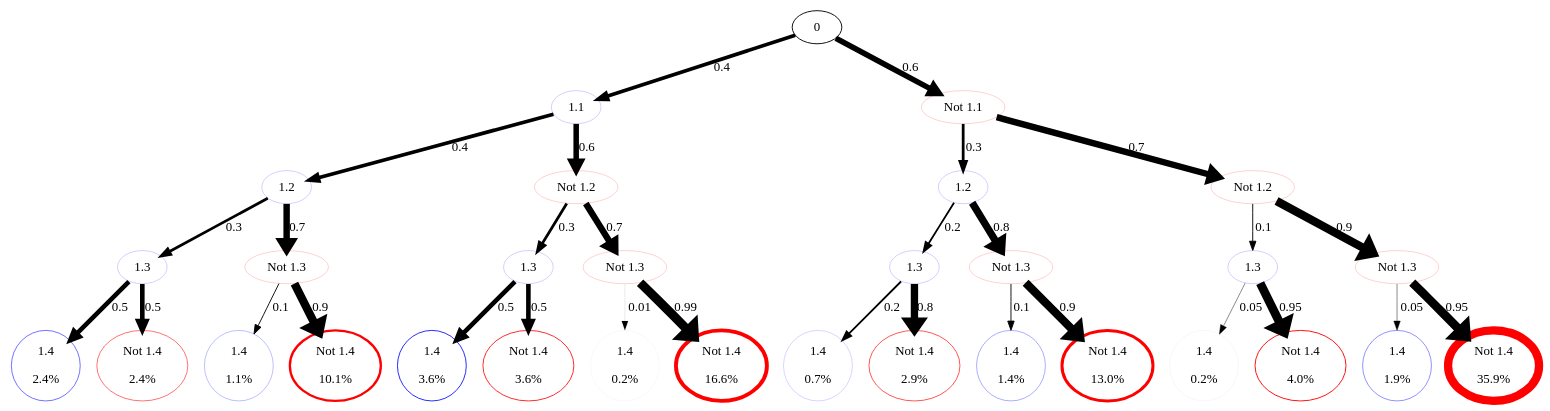
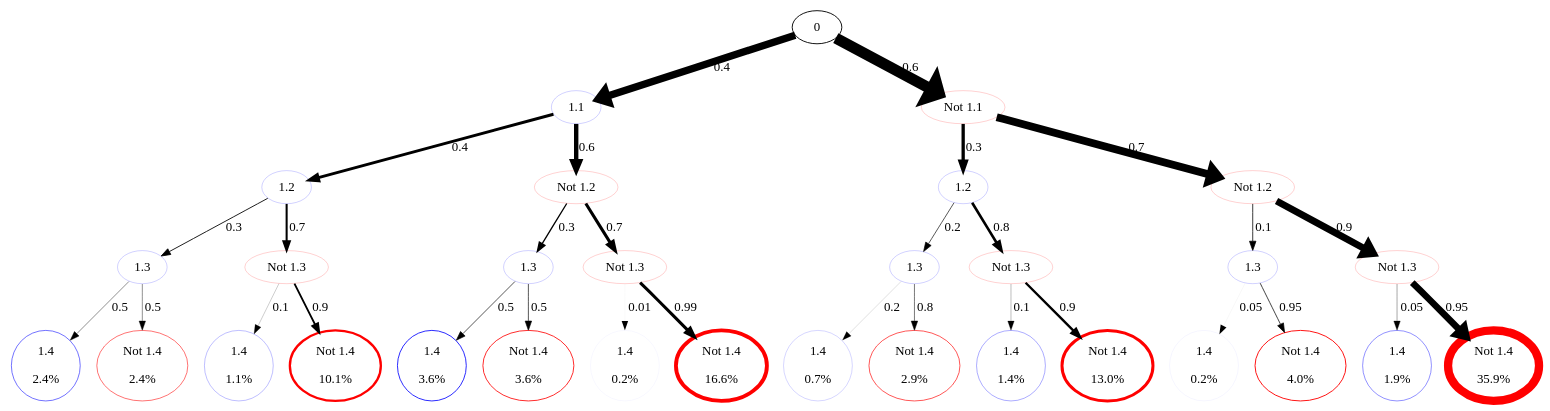
Before and after one commit to dandavison/prob-trees: the diagram in pessimistic.csv.dot, drawn with Graphviz. The commit also changed 4 other files, not shown here.

Commit message:
Set arrow widths equal to path probability, instead of conditional prob

```diff
--- a/pessimistic.csv.dot
+++ b/pessimistic.csv.dot
@@ -30,34 +30,34 @@
 "Node(path='0 -> Not 1.1 -> Not 1.2 -> Not 1.3', label='Not 1.3')" [color=red, label="Not 1.3", penwidth="0.2"];
 "Node(path='0 -> Not 1.1 -> Not 1.2 -> Not 1.3 -> 1.4', label='1.4')" [color=blue, label="1.4\n\n1.9%", penwidth="0.47250000000000003"];
 "Node(path='0 -> Not 1.1 -> Not 1.2 -> Not 1.3 -> Not 1.4', label='Not 1.4')" [color=red, label="Not 1.4\n\n35.9%", penwidth="8.9775"];
-"Node(path='0', label='0')" -> "Node(path='0 -> 1.1', label='1.1')"  [label="0.4", name="1.1", penwidth="4.0", prob="0.4"];
-"Node(path='0', label='0')" -> "Node(path='0 -> Not 1.1', label='Not 1.1')"  [label="0.6", name="Not 1.1", penwidth="6.0", prob="0.6"];
-"Node(path='0 -> 1.1', label='1.1')" -> "Node(path='0 -> 1.1 -> 1.2', label='1.2')"  [label="0.4", name="1.2", penwidth="4.0", prob="0.4"];
-"Node(path='0 -> 1.1', label='1.1')" -> "Node(path='0 -> 1.1 -> Not 1.2', label='Not 1.2')"  [label="0.6", name="Not 1.2", penwidth="6.0", prob="0.6"];
-"Node(path='0 -> 1.1 -> 1.2', label='1.2')" -> "Node(path='0 -> 1.1 -> 1.2 -> 1.3', label='1.3')"  [label="0.3", name="1.3", penwidth="3.0", prob="0.3"];
-"Node(path='0 -> 1.1 -> 1.2', label='1.2')" -> "Node(path='0 -> 1.1 -> 1.2 -> Not 1.3', label='Not 1.3')"  [label="0.7", name="Not 1.3", penwidth="7.0", prob="0.7"];
-"Node(path='0 -> 1.1 -> 1.2 -> 1.3', label='1.3')" -> "Node(path='0 -> 1.1 -> 1.2 -> 1.3 -> 1.4', label='1.4')"  [label="0.5", name="1.4", penwidth="5.0", prob="0.5"];
-"Node(path='0 -> 1.1 -> 1.2 -> 1.3', label='1.3')" -> "Node(path='0 -> 1.1 -> 1.2 -> 1.3 -> Not 1.4', label='Not 1.4')"  [label="0.5", name="Not 1.4", penwidth="5.0", prob="0.5"];
-"Node(path='0 -> 1.1 -> 1.2 -> Not 1.3', label='Not 1.3')" -> "Node(path='0 -> 1.1 -> 1.2 -> Not 1.3 -> 1.4', label='1.4')"  [label="0.1", name="1.4", penwidth="1.0", prob="0.1"];
-"Node(path='0 -> 1.1 -> 1.2 -> Not 1.3', label='Not 1.3')" -> "Node(path='0 -> 1.1 -> 1.2 -> Not 1.3 -> Not 1.4', label='Not 1.4')"  [label="0.9", name="Not 1.4", penwidth="9.0", prob="0.9"];
-"Node(path='0 -> 1.1 -> Not 1.2', label='Not 1.2')" -> "Node(path='0 -> 1.1 -> Not 1.2 -> 1.3', label='1.3')"  [label="0.3", name="1.3", penwidth="3.0", prob="0.3"];
-"Node(path='0 -> 1.1 -> Not 1.2', label='Not 1.2')" -> "Node(path='0 -> 1.1 -> Not 1.2 -> Not 1.3', label='Not 1.3')"  [label="0.7", name="Not 1.3", penwidth="7.0", prob="0.7"];
-"Node(path='0 -> 1.1 -> Not 1.2 -> 1.3', label='1.3')" -> "Node(path='0 -> 1.1 -> Not 1.2 -> 1.3 -> 1.4', label='1.4')"  [label="0.5", name="1.4", penwidth="5.0", prob="0.5"];
-"Node(path='0 -> 1.1 -> Not 1.2 -> 1.3', label='1.3')" -> "Node(path='0 -> 1.1 -> Not 1.2 -> 1.3 -> Not 1.4', label='Not 1.4')"  [label="0.5", name="Not 1.4", penwidth="5.0", prob="0.5"];
-"Node(path='0 -> 1.1 -> Not 1.2 -> Not 1.3', label='Not 1.3')" -> "Node(path='0 -> 1.1 -> Not 1.2 -> Not 1.3 -> 1.4', label='1.4')"  [label="0.01", name="1.4", penwidth="0.1", prob="0.01"];
-"Node(path='0 -> 1.1 -> Not 1.2 -> Not 1.3', label='Not 1.3')" -> "Node(path='0 -> 1.1 -> Not 1.2 -> Not 1.3 -> Not 1.4', label='Not 1.4')"  [label="0.99", name="Not 1.4", penwidth="9.9", prob="0.99"];
-"Node(path='0 -> Not 1.1', label='Not 1.1')" -> "Node(path='0 -> Not 1.1 -> 1.2', label='1.2')"  [label="0.3", name="1.2", penwidth="3.0", prob="0.3"];
-"Node(path='0 -> Not 1.1', label='Not 1.1')" -> "Node(path='0 -> Not 1.1 -> Not 1.2', label='Not 1.2')"  [label="0.7", name="Not 1.2", penwidth="7.0", prob="0.7"];
-"Node(path='0 -> Not 1.1 -> 1.2', label='1.2')" -> "Node(path='0 -> Not 1.1 -> 1.2 -> 1.3', label='1.3')"  [label="0.2", name="1.3", penwidth="2.0", prob="0.2"];
-"Node(path='0 -> Not 1.1 -> 1.2', label='1.2')" -> "Node(path='0 -> Not 1.1 -> 1.2 -> Not 1.3', label='Not 1.3')"  [label="0.8", name="Not 1.3", penwidth="8.0", prob="0.8"];
-"Node(path='0 -> Not 1.1 -> 1.2 -> 1.3', label='1.3')" -> "Node(path='0 -> Not 1.1 -> 1.2 -> 1.3 -> 1.4', label='1.4')"  [label="0.2", name="1.4", penwidth="2.0", prob="0.2"];
-"Node(path='0 -> Not 1.1 -> 1.2 -> 1.3', label='1.3')" -> "Node(path='0 -> Not 1.1 -> 1.2 -> 1.3 -> Not 1.4', label='Not 1.4')"  [label="0.8", name="Not 1.4", penwidth="8.0", prob="0.8"];
-"Node(path='0 -> Not 1.1 -> 1.2 -> Not 1.3', label='Not 1.3')" -> "Node(path='0 -> Not 1.1 -> 1.2 -> Not 1.3 -> 1.4', label='1.4')"  [label="0.1", name="1.4", penwidth="1.0", prob="0.1"];
-"Node(path='0 -> Not 1.1 -> 1.2 -> Not 1.3', label='Not 1.3')" -> "Node(path='0 -> Not 1.1 -> 1.2 -> Not 1.3 -> Not 1.4', label='Not 1.4')"  [label="0.9", name="Not 1.4", penwidth="9.0", prob="0.9"];
-"Node(path='0 -> Not 1.1 -> Not 1.2', label='Not 1.2')" -> "Node(path='0 -> Not 1.1 -> Not 1.2 -> 1.3', label='1.3')"  [label="0.1", name="1.3", penwidth="1.0", prob="0.1"];
-"Node(path='0 -> Not 1.1 -> Not 1.2', label='Not 1.2')" -> "Node(path='0 -> Not 1.1 -> Not 1.2 -> Not 1.3', label='Not 1.3')"  [label="0.9", name="Not 1.3", penwidth="9.0", prob="0.9"];
-"Node(path='0 -> Not 1.1 -> Not 1.2 -> 1.3', label='1.3')" -> "Node(path='0 -> Not 1.1 -> Not 1.2 -> 1.3 -> 1.4', label='1.4')"  [label="0.05", name="1.4", penwidth="0.5", prob="0.05"];
-"Node(path='0 -> Not 1.1 -> Not 1.2 -> 1.3', label='1.3')" -> "Node(path='0 -> Not 1.1 -> Not 1.2 -> 1.3 -> Not 1.4', label='Not 1.4')"  [label="0.95", name="Not 1.4", penwidth="9.5", prob="0.95"];
-"Node(path='0 -> Not 1.1 -> Not 1.2 -> Not 1.3', label='Not 1.3')" -> "Node(path='0 -> Not 1.1 -> Not 1.2 -> Not 1.3 -> 1.4', label='1.4')"  [label="0.05", name="1.4", penwidth="0.5", prob="0.05"];
-"Node(path='0 -> Not 1.1 -> Not 1.2 -> Not 1.3', label='Not 1.3')" -> "Node(path='0 -> Not 1.1 -> Not 1.2 -> Not 1.3 -> Not 1.4', label='Not 1.4')"  [label="0.95", name="Not 1.4", penwidth="9.5", prob="0.95"];
+"Node(path='0', label='0')" -> "Node(path='0 -> 1.1', label='1.1')"  [label="0.4", name="1.1", penwidth="8.0", prob="0.4"];
+"Node(path='0', label='0')" -> "Node(path='0 -> Not 1.1', label='Not 1.1')"  [label="0.6", name="Not 1.1", penwidth="12.0", prob="0.6"];
+"Node(path='0 -> 1.1', label='1.1')" -> "Node(path='0 -> 1.1 -> 1.2', label='1.2')"  [label="0.4", name="1.2", penwidth="3.2000000000000006", prob="0.4"];
+"Node(path='0 -> 1.1', label='1.1')" -> "Node(path='0 -> 1.1 -> Not 1.2', label='Not 1.2')"  [label="0.6", name="Not 1.2", penwidth="4.8", prob="0.6"];
+"Node(path='0 -> 1.1 -> 1.2', label='1.2')" -> "Node(path='0 -> 1.1 -> 1.2 -> 1.3', label='1.3')"  [label="0.3", name="1.3", penwidth="0.9600000000000002", prob="0.3"];
+"Node(path='0 -> 1.1 -> 1.2', label='1.2')" -> "Node(path='0 -> 1.1 -> 1.2 -> Not 1.3', label='Not 1.3')"  [label="0.7", name="Not 1.3", penwidth="2.24", prob="0.7"];
+"Node(path='0 -> 1.1 -> 1.2 -> 1.3', label='1.3')" -> "Node(path='0 -> 1.1 -> 1.2 -> 1.3 -> 1.4', label='1.4')"  [label="0.5", name="1.4", penwidth="0.4800000000000001", prob="0.5"];
+"Node(path='0 -> 1.1 -> 1.2 -> 1.3', label='1.3')" -> "Node(path='0 -> 1.1 -> 1.2 -> 1.3 -> Not 1.4', label='Not 1.4')"  [label="0.5", name="Not 1.4", penwidth="0.4800000000000001", prob="0.5"];
+"Node(path='0 -> 1.1 -> 1.2 -> Not 1.3', label='Not 1.3')" -> "Node(path='0 -> 1.1 -> 1.2 -> Not 1.3 -> 1.4', label='1.4')"  [label="0.1", name="1.4", penwidth="0.22400000000000003", prob="0.1"];
+"Node(path='0 -> 1.1 -> 1.2 -> Not 1.3', label='Not 1.3')" -> "Node(path='0 -> 1.1 -> 1.2 -> Not 1.3 -> Not 1.4', label='Not 1.4')"  [label="0.9", name="Not 1.4", penwidth="2.0160000000000005", prob="0.9"];
+"Node(path='0 -> 1.1 -> Not 1.2', label='Not 1.2')" -> "Node(path='0 -> 1.1 -> Not 1.2 -> 1.3', label='1.3')"  [label="0.3", name="1.3", penwidth="1.44", prob="0.3"];
+"Node(path='0 -> 1.1 -> Not 1.2', label='Not 1.2')" -> "Node(path='0 -> 1.1 -> Not 1.2 -> Not 1.3', label='Not 1.3')"  [label="0.7", name="Not 1.3", penwidth="3.3599999999999994", prob="0.7"];
+"Node(path='0 -> 1.1 -> Not 1.2 -> 1.3', label='1.3')" -> "Node(path='0 -> 1.1 -> Not 1.2 -> 1.3 -> 1.4', label='1.4')"  [label="0.5", name="1.4", penwidth="0.72", prob="0.5"];
+"Node(path='0 -> 1.1 -> Not 1.2 -> 1.3', label='1.3')" -> "Node(path='0 -> 1.1 -> Not 1.2 -> 1.3 -> Not 1.4', label='Not 1.4')"  [label="0.5", name="Not 1.4", penwidth="0.72", prob="0.5"];
+"Node(path='0 -> 1.1 -> Not 1.2 -> Not 1.3', label='Not 1.3')" -> "Node(path='0 -> 1.1 -> Not 1.2 -> Not 1.3 -> 1.4', label='1.4')"  [label="0.01", name="1.4", penwidth="0.0336", prob="0.01"];
+"Node(path='0 -> 1.1 -> Not 1.2 -> Not 1.3', label='Not 1.3')" -> "Node(path='0 -> 1.1 -> Not 1.2 -> Not 1.3 -> Not 1.4', label='Not 1.4')"  [label="0.99", name="Not 1.4", penwidth="3.3263999999999996", prob="0.99"];
+"Node(path='0 -> Not 1.1', label='Not 1.1')" -> "Node(path='0 -> Not 1.1 -> 1.2', label='1.2')"  [label="0.3", name="1.2", penwidth="3.5999999999999996", prob="0.3"];
+"Node(path='0 -> Not 1.1', label='Not 1.1')" -> "Node(path='0 -> Not 1.1 -> Not 1.2', label='Not 1.2')"  [label="0.7", name="Not 1.2", penwidth="8.4", prob="0.7"];
+"Node(path='0 -> Not 1.1 -> 1.2', label='1.2')" -> "Node(path='0 -> Not 1.1 -> 1.2 -> 1.3', label='1.3')"  [label="0.2", name="1.3", penwidth="0.72", prob="0.2"];
+"Node(path='0 -> Not 1.1 -> 1.2', label='1.2')" -> "Node(path='0 -> Not 1.1 -> 1.2 -> Not 1.3', label='Not 1.3')"  [label="0.8", name="Not 1.3", penwidth="2.88", prob="0.8"];
+"Node(path='0 -> Not 1.1 -> 1.2 -> 1.3', label='1.3')" -> "Node(path='0 -> Not 1.1 -> 1.2 -> 1.3 -> 1.4', label='1.4')"  [label="0.2", name="1.4", penwidth="0.144", prob="0.2"];
+"Node(path='0 -> Not 1.1 -> 1.2 -> 1.3', label='1.3')" -> "Node(path='0 -> Not 1.1 -> 1.2 -> 1.3 -> Not 1.4', label='Not 1.4')"  [label="0.8", name="Not 1.4", penwidth="0.576", prob="0.8"];
+"Node(path='0 -> Not 1.1 -> 1.2 -> Not 1.3', label='Not 1.3')" -> "Node(path='0 -> Not 1.1 -> 1.2 -> Not 1.3 -> 1.4', label='1.4')"  [label="0.1", name="1.4", penwidth="0.288", prob="0.1"];
+"Node(path='0 -> Not 1.1 -> 1.2 -> Not 1.3', label='Not 1.3')" -> "Node(path='0 -> Not 1.1 -> 1.2 -> Not 1.3 -> Not 1.4', label='Not 1.4')"  [label="0.9", name="Not 1.4", penwidth="2.5919999999999996", prob="0.9"];
+"Node(path='0 -> Not 1.1 -> Not 1.2', label='Not 1.2')" -> "Node(path='0 -> Not 1.1 -> Not 1.2 -> 1.3', label='1.3')"  [label="0.1", name="1.3", penwidth="0.8400000000000001", prob="0.1"];
+"Node(path='0 -> Not 1.1 -> Not 1.2', label='Not 1.2')" -> "Node(path='0 -> Not 1.1 -> Not 1.2 -> Not 1.3', label='Not 1.3')"  [label="0.9", name="Not 1.3", penwidth="7.5600000000000005", prob="0.9"];
+"Node(path='0 -> Not 1.1 -> Not 1.2 -> 1.3', label='1.3')" -> "Node(path='0 -> Not 1.1 -> Not 1.2 -> 1.3 -> 1.4', label='1.4')"  [label="0.05", name="1.4", penwidth="0.04200000000000001", prob="0.05"];
+"Node(path='0 -> Not 1.1 -> Not 1.2 -> 1.3', label='1.3')" -> "Node(path='0 -> Not 1.1 -> Not 1.2 -> 1.3 -> Not 1.4', label='Not 1.4')"  [label="0.95", name="Not 1.4", penwidth="0.7979999999999999", prob="0.95"];
+"Node(path='0 -> Not 1.1 -> Not 1.2 -> Not 1.3', label='Not 1.3')" -> "Node(path='0 -> Not 1.1 -> Not 1.2 -> Not 1.3 -> 1.4', label='1.4')"  [label="0.05", name="1.4", penwidth="0.378", prob="0.05"];
+"Node(path='0 -> Not 1.1 -> Not 1.2 -> Not 1.3', label='Not 1.3')" -> "Node(path='0 -> Not 1.1 -> Not 1.2 -> Not 1.3 -> Not 1.4', label='Not 1.4')"  [label="0.95", name="Not 1.4", penwidth="7.1819999999999995", prob="0.95"];
 }
```
